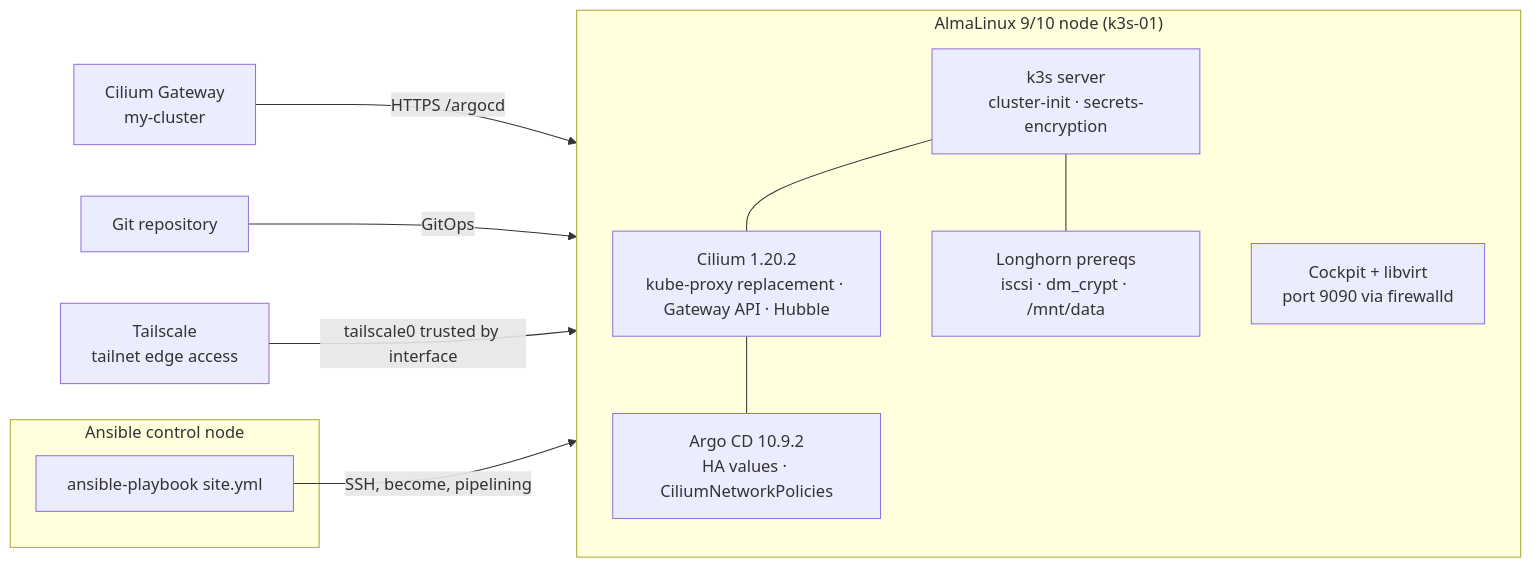
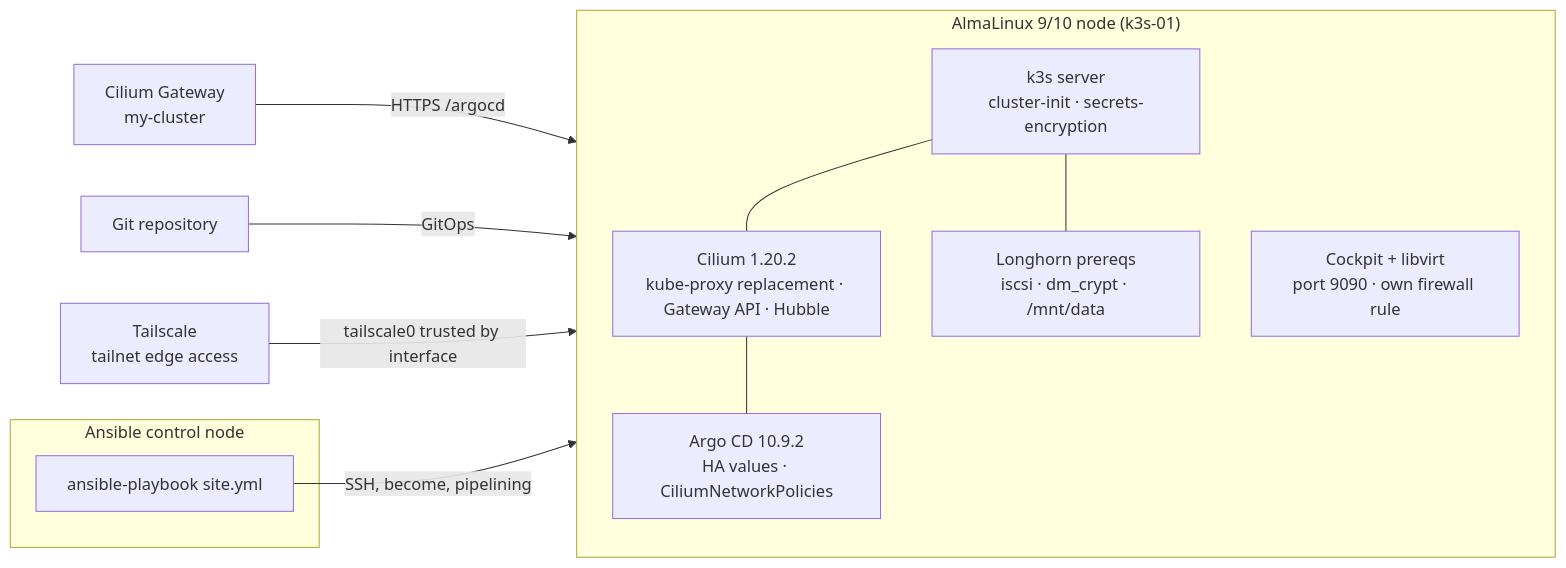
The diagram in README.md (Seom88/infra-ansible-k3s), drawn with Mermaid before and after one commit. The commit also changed other lines of this file and 22 other files, not shown here.

````diff
--- a/README.md
+++ b/README.md
@@ -38,25 +38,25 @@
 ```mermaid
 flowchart LR
     subgraph Control["Ansible control node"]
         CLI["ansible-playbook site.yml"]
     end
 
     subgraph Node["AlmaLinux 9/10 node (k3s-01)"]
         direction TB
         K3S["k3s server<br/>cluster-init · secrets-encryption"]
         CIL["Cilium 1.20.2<br/>kube-proxy replacement · Gateway API · Hubble"]
         ARGO["Argo CD 10.9.2<br/>HA values · CiliumNetworkPolicies"]
         LH["Longhorn prereqs<br/>iscsi · dm_crypt · /mnt/data"]
-        COCK["Cockpit + libvirt<br/>port 9090 via firewalld"]
+        COCK["Cockpit + libvirt<br/>port 9090 · own firewall rule"]
     end
 
     EDGE["Tailscale<br/>tailnet edge access"] -->|tailscale0 trusted by interface| Node
     GW["Cilium Gateway<br/>my-cluster"] -->|"HTTPS /argocd"| ARGO
     GIT["Git repository"] -->|GitOps| ARGO
 
     CLI -->|SSH, become, pipelining| Node
     K3S --- CIL
     CIL --- ARGO
     K3S --- LH
     Node --- COCK
 ```
````
